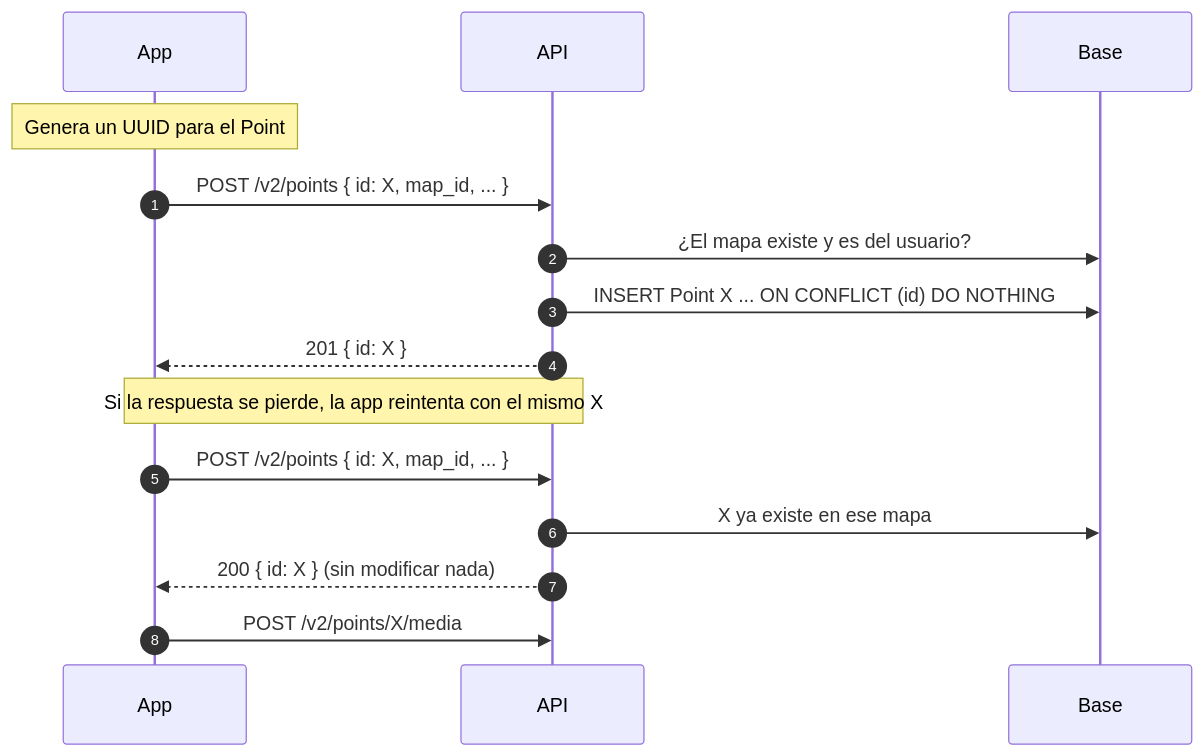
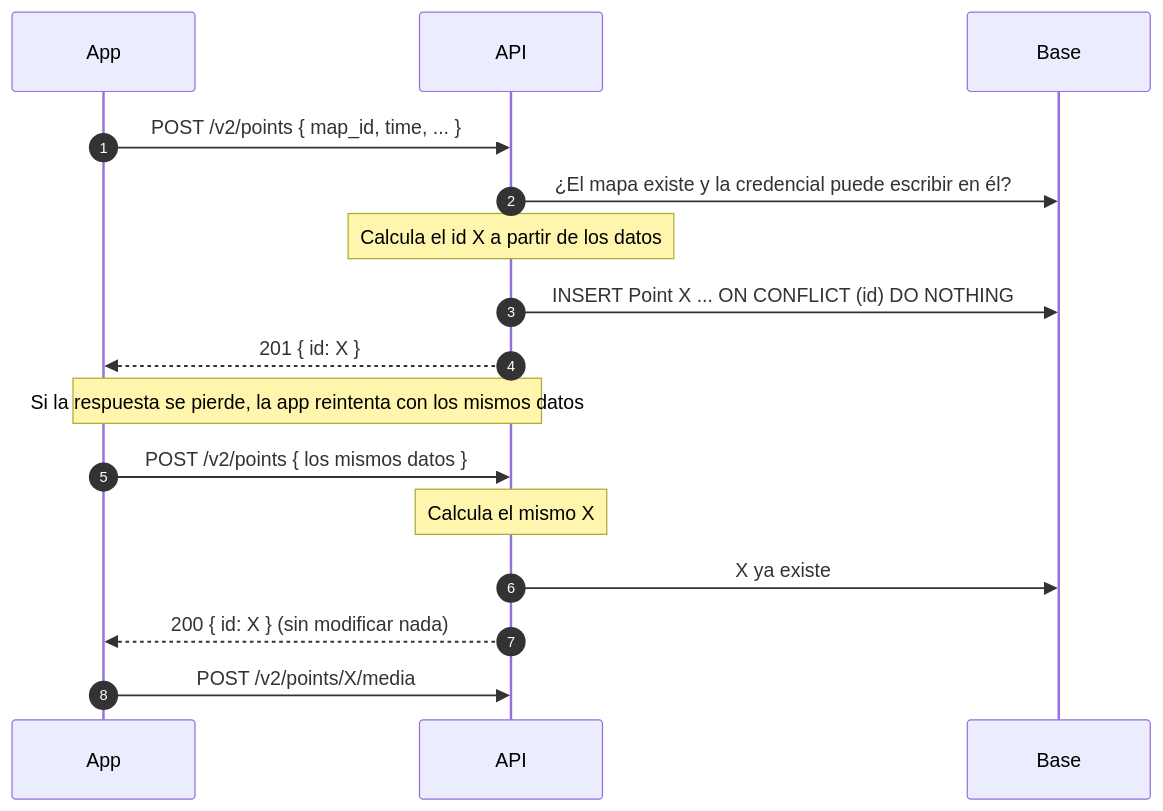
The diagram in docs/how-it-works/create_point.md (hotosm/chatmap), drawn with Mermaid before and after one commit. The commit also changed other lines of this file and 2 other files, not shown here.

````diff
--- a/docs/how-it-works/create_point.md
+++ b/docs/how-it-works/create_point.md
@@ -33,18 +39,19 @@
 ```mermaid
 sequenceDiagram
     autonumber
     participant C as App
     participant A as API
     participant B as Base
 
-    Note over C: Genera un UUID para el Point
-    C->>A: POST /v2/points { id: X, map_id, ... }
-    A->>B: ¿El mapa existe y es del usuario?
+    C->>A: POST /v2/points { map_id, time, ... }
+    A->>B: ¿El mapa existe y la credencial puede escribir en él?
+    Note over A: Calcula el id X a partir de los datos
     A->>B: INSERT Point X ... ON CONFLICT (id) DO NOTHING
     A-->>C: 201 { id: X }
-    Note over C,A: Si la respuesta se pierde, la app reintenta con el mismo X
-    C->>A: POST /v2/points { id: X, map_id, ... }
-    A->>B: X ya existe en ese mapa
+    Note over C,A: Si la respuesta se pierde, la app reintenta con los mismos datos
+    C->>A: POST /v2/points { los mismos datos }
+    Note over A: Calcula el mismo X
+    A->>B: X ya existe
     A-->>C: 200 { id: X } (sin modificar nada)
     C->>A: POST /v2/points/X/media
 ```
````
